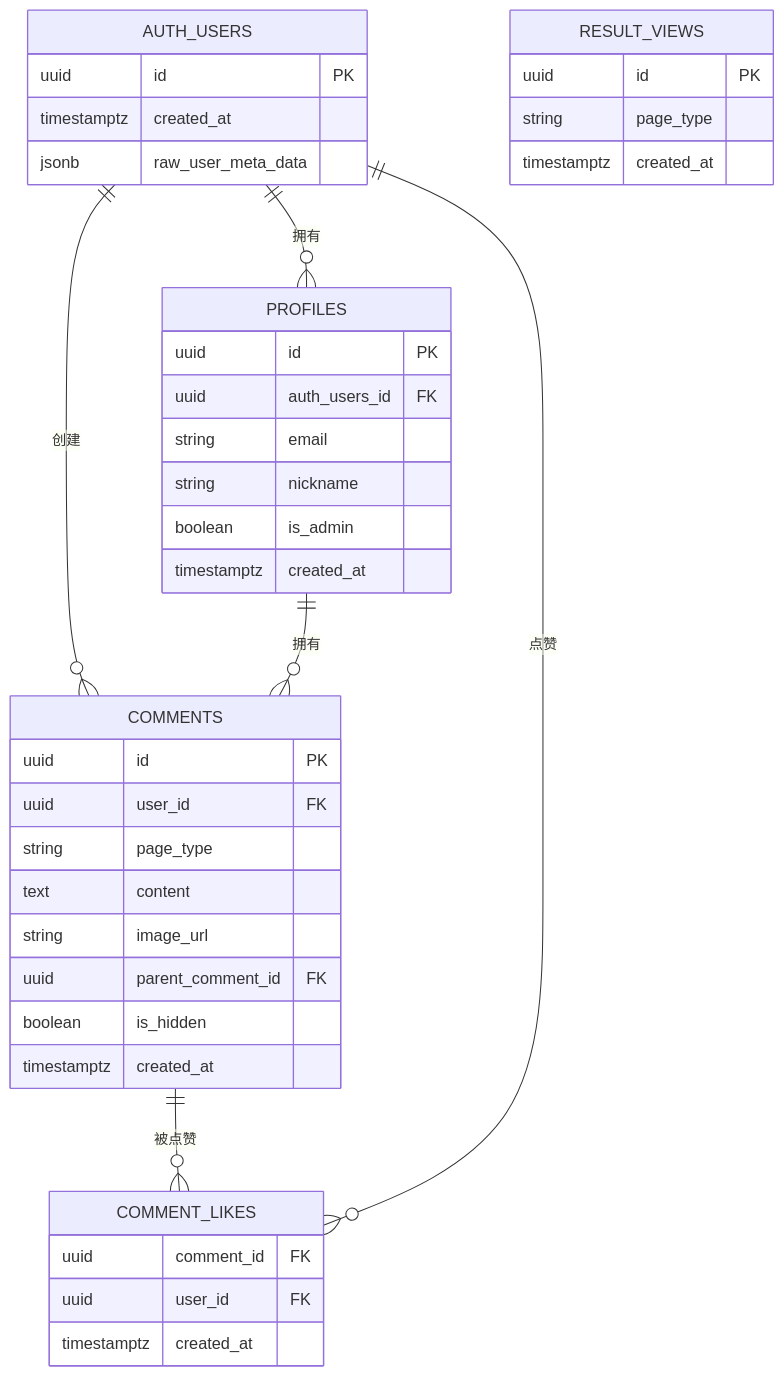
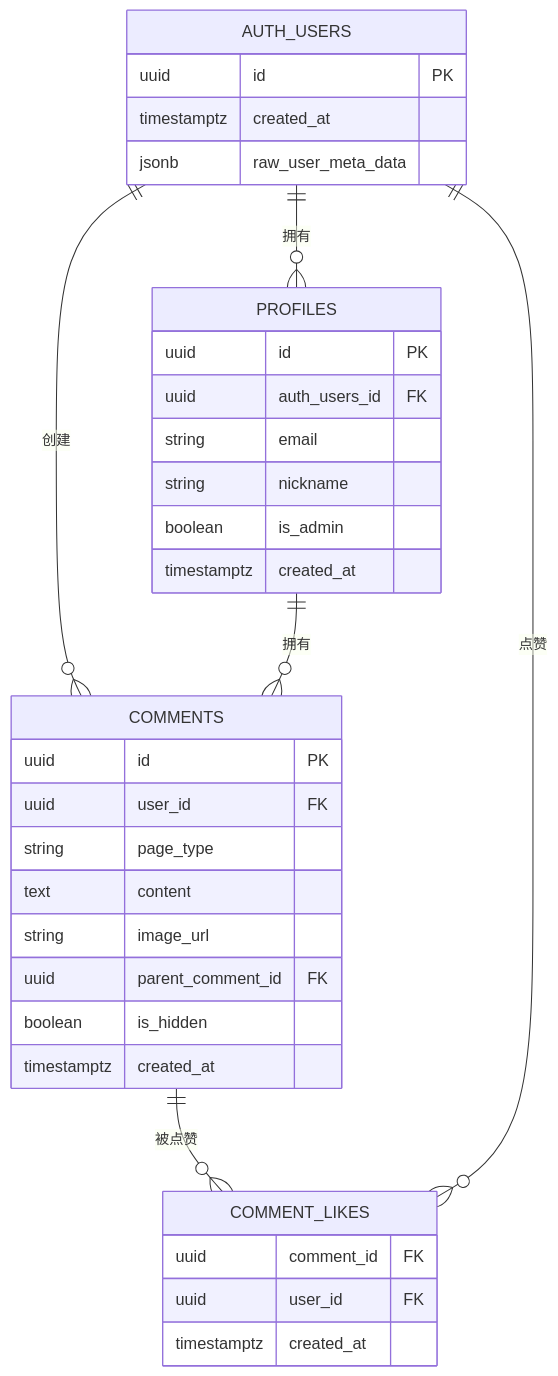
One commit to shao51920/qingye520.xyz changed the sixth of 9 diagrams in .qoder/repowiki/zh/content/部署指南/开发环境部署.md. Above: the diagram before and after it, drawn with Mermaid. The commit also changed other lines of this file and 6 other files, not shown here.

````diff
--- a/.qoder/repowiki/zh/content/部署指南/开发环境部署.md
+++ b/.qoder/repowiki/zh/content/部署指南/开发环境部署.md
@@ -233,41 +216,36 @@
 ```mermaid
 erDiagram
 AUTH_USERS {
 uuid id PK
 timestamptz created_at
 jsonb raw_user_meta_data
 }
 PROFILES {
 uuid id PK
 uuid auth_users_id FK
 string email
 string nickname
 boolean is_admin
 timestamptz created_at
 }
 COMMENTS {
 uuid id PK
 uuid user_id FK
 string page_type
 text content
 string image_url
 uuid parent_comment_id FK
 boolean is_hidden
 timestamptz created_at
 }
 COMMENT_LIKES {
 uuid comment_id FK
 uuid user_id FK
 timestamptz created_at
 }
-RESULT_VIEWS {
-uuid id PK
-string page_type
-timestamptz created_at
-}
 AUTH_USERS ||--o{ PROFILES : "拥有"
 AUTH_USERS ||--o{ COMMENTS : "创建"
 PROFILES ||--o{ COMMENTS : "拥有"
 COMMENTS ||--o{ COMMENT_LIKES : "被点赞"
 AUTH_USERS ||--o{ COMMENT_LIKES : "点赞"
 ```
````
